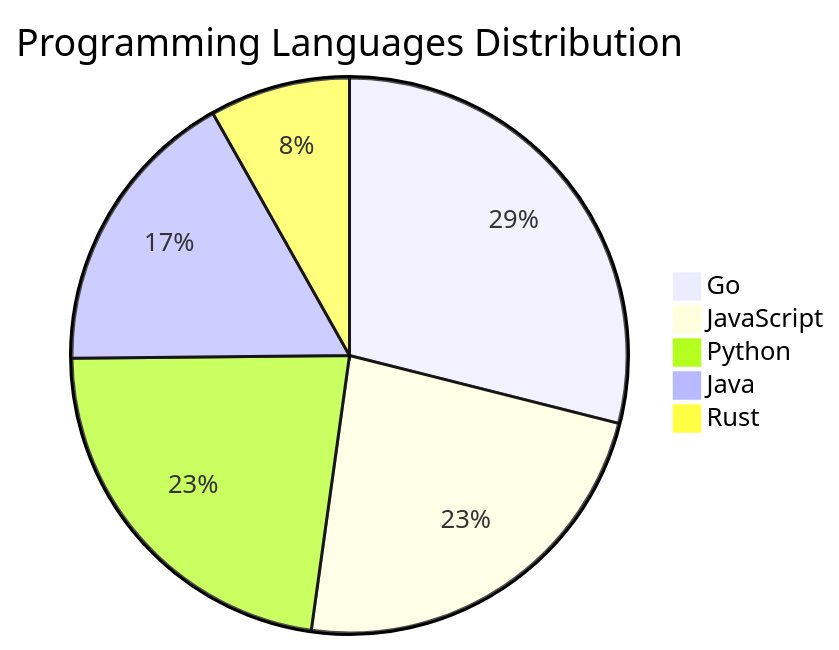
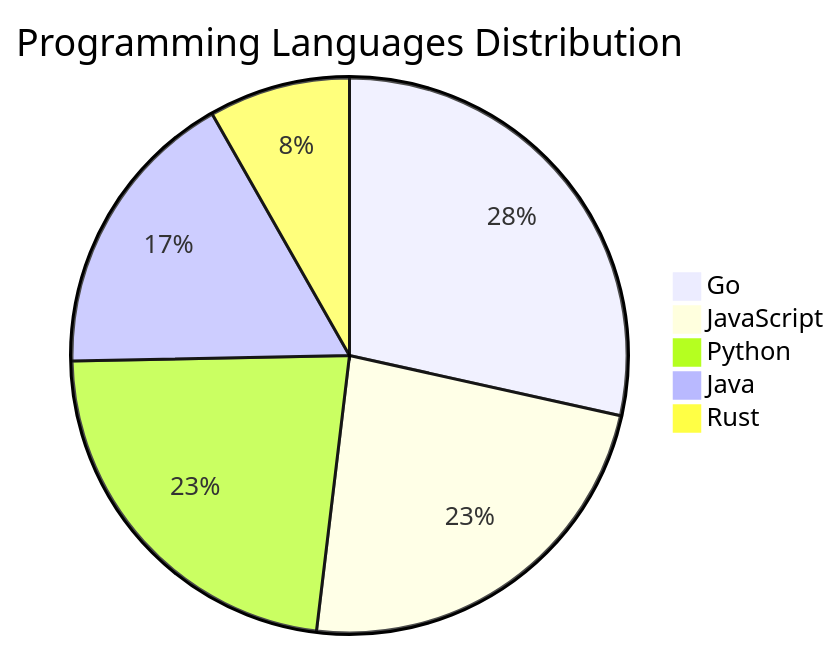
The diagram in README.md (Derrick-MUGISHA/github-activity-bot), drawn with Mermaid before and after one commit. The commit also changed other lines of this file and 4 other files, not shown here.

````diff
--- a/README.md
+++ b/README.md
@@ -207,8 +207,8 @@
 ```mermaid
 pie title Programming Languages Distribution
-    "Go" : 46
+    "Go" : 45
     "JavaScript" : 37
     "Python" : 36
     "Java" : 27
     "Rust" : 13
 ```
````
